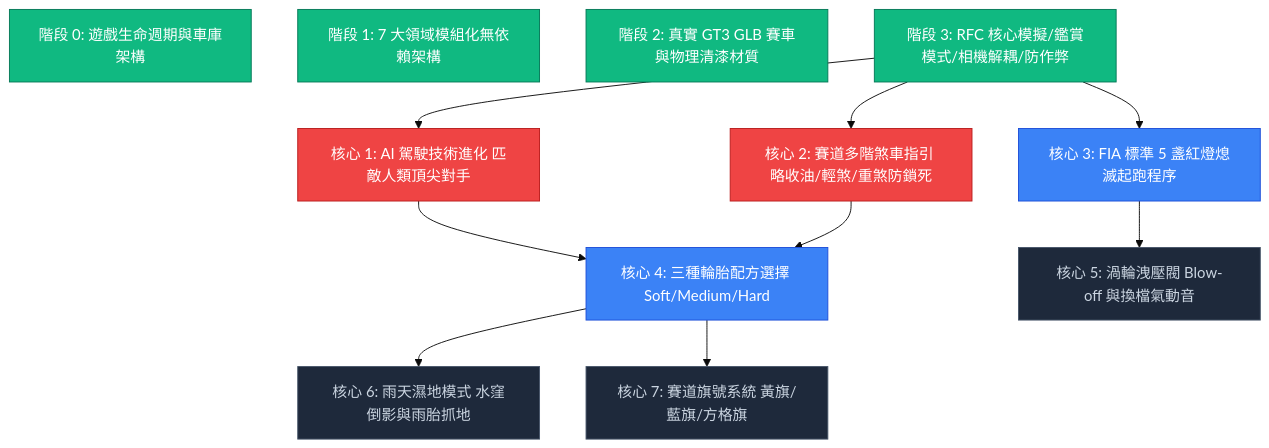
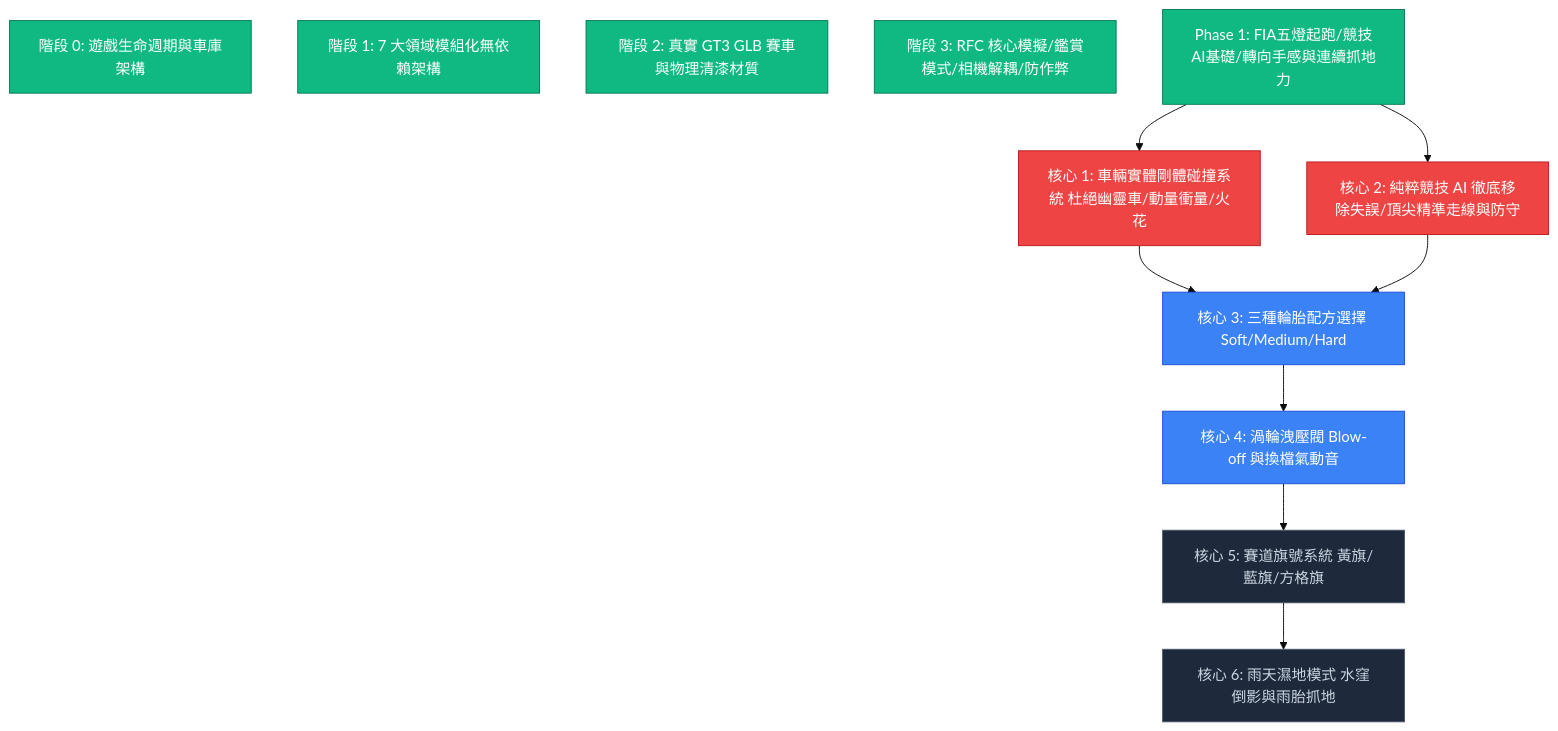
The first of 2 diagrams in OPTIMIZATION_PLAN.md (Raymond-luo-code/Apex-pro-racing), drawn with Mermaid (base theme) before and after one commit. The commit also changed other lines of this file and 1 other file, not shown here.

````diff
--- a/OPTIMIZATION_PLAN.md
+++ b/OPTIMIZATION_PLAN.md
@@ -10,29 +10,28 @@
 ```mermaid
 graph TD
     classDef done fill:#10b981,stroke:#047857,color:#fff;
     classDef high fill:#ef4444,stroke:#b91c1c,color:#fff;
     classDef ready fill:#3b82f6,stroke:#1d4ed8,color:#fff;
     classDef candidate fill:#1e293b,stroke:#475569,color:#cbd5e1;
 
     M0[階段 0: 遊戲生命週期與車庫架構]:::done
     M1[階段 1: 7 大領域模組化無依賴架構]:::done
     M2[階段 2: 真實 GT3 GLB 賽車與物理清漆材質]:::done
     M3[階段 3: RFC 核心模擬/鑑賞模式/相機解耦/防作弊]:::done
+    P1[Phase 1: FIA五燈起跑/競技AI基礎/轉向手感與連續抓地力]:::done
     
-    C_AI[核心 1: AI 駕駛技術進化 匹敵人類頂尖對手]:::high
-    C_BRK[核心 2: 賽道多階煞車指引 略收油/輕煞/重煞防鎖死]:::high
-    C_START[核心 3: FIA 標準 5 盞紅燈熄滅起跑程序]:::ready
-    C_TIRE[核心 4: 三種輪胎配方選擇 Soft/Medium/Hard]:::ready
-    C_AUDIO[核心 5: 渦輪洩壓閥 Blow-off 與換檔氣動音]:::candidate
+    C_COL[核心 1: 車輛實體剛體碰撞系統 杜絕幽靈車/動量衝量/火花]:::high
+    C_AI_PURE[核心 2: 純粹競技 AI 徹底移除失誤/頂尖精準走線與防守]:::high
+    C_TIRE[核心 3: 三種輪胎配方選擇 Soft/Medium/Hard]:::ready
+    C_AUDIO[核心 4: 渦輪洩壓閥 Blow-off 與換檔氣動音]:::ready
+    C_FLAG[核心 5: 賽道旗號系統 黃旗/藍旗/方格旗]:::candidate
     C_WET[核心 6: 雨天濕地模式 水窪倒影與雨胎抓地]:::candidate
-    C_FLAG[核心 7: 賽道旗號系統 黃旗/藍旗/方格旗]:::candidate
 
-    M3 --> C_AI
-    M3 --> C_BRK
-    M3 --> C_START
-    C_AI --> C_TIRE
-    C_BRK --> C_TIRE
-    C_START --> C_AUDIO
-    C_TIRE --> C_WET
-    C_TIRE --> C_FLAG
+    P1 --> C_COL
+    P1 --> C_AI_PURE
+    C_COL --> C_TIRE
+    C_AI_PURE --> C_TIRE
+    C_TIRE --> C_AUDIO
+    C_AUDIO --> C_FLAG
+    C_FLAG --> C_WET
 ```
````
